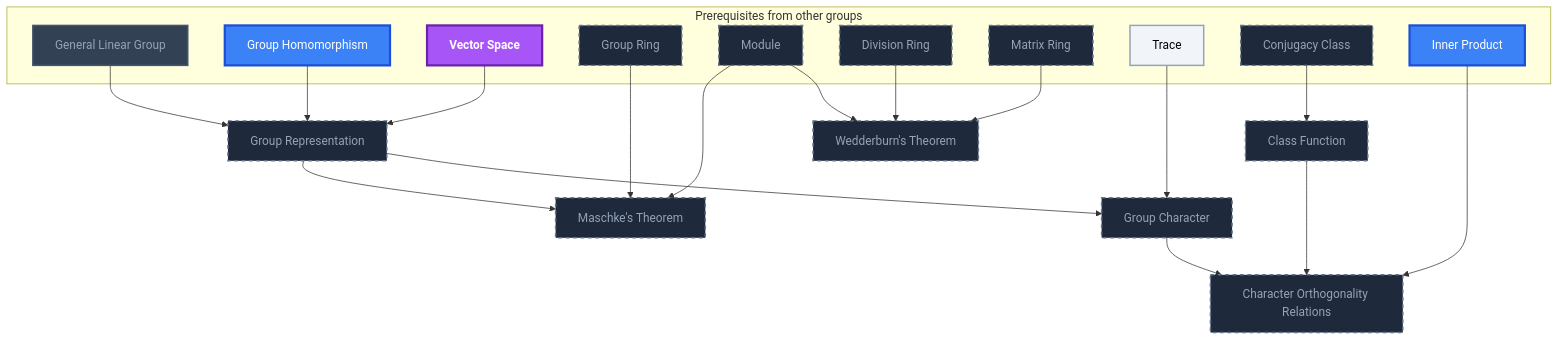
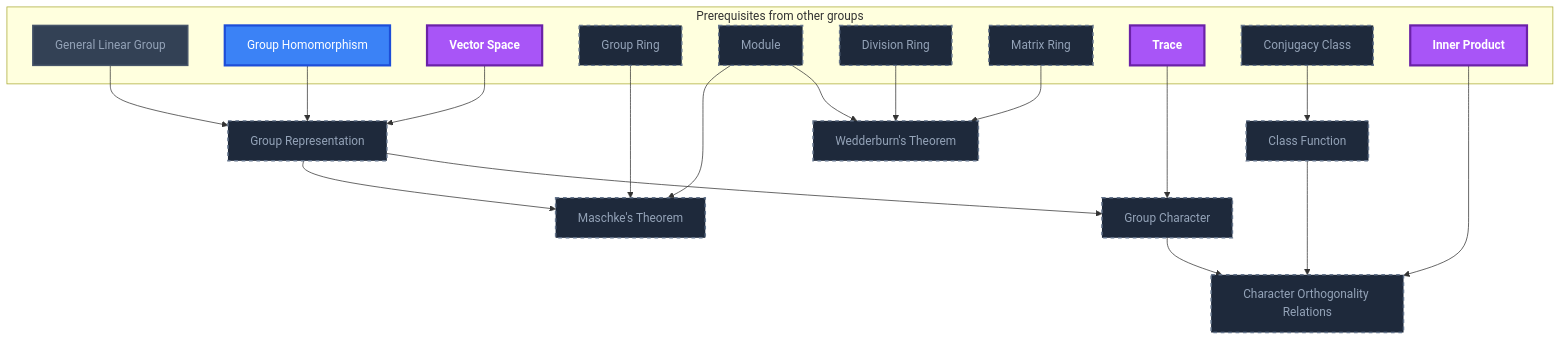
Diagram 19 of 20 in Gamification/Skill Trees/Abstract Algebra.md (MRauf1/My-Notes), drawn with Mermaid before and after one commit. The commit also changed other lines of this file and 145 other files, not shown here.

````diff
--- a/Gamification/Skill Trees/Abstract Algebra.md
+++ b/Gamification/Skill Trees/Abstract Algebra.md
@@ -1257,51 +1257,50 @@
 ```mermaid
 flowchart TD
     classDef planned fill:#1E293B,stroke:#64748B,stroke-width:2px,stroke-dasharray:5 5,color:#94A3B8;
     classDef locked fill:#334155,stroke:#475569,stroke-width:2px,color:#94A3B8;
     classDef L0 fill:#F1F5F9,stroke:#94A3B8,stroke-width:2px,color:#000000;
     classDef L1 fill:#22C55E,stroke:#15803D,stroke-width:2px,color:#000000;
     classDef L2 fill:#3B82F6,stroke:#1D4ED8,stroke-width:3px,color:#FFFFFF;
     classDef L3 fill:#A855F7,stroke:#6B21A8,stroke-width:3px,color:#FFFFFF,font-weight:bold;
     classDef L4 fill:#F97316,stroke:#C2410C,stroke-width:4px,color:#000000,font-weight:bold;
     classDef L5 fill:#FFD700,stroke:#FF8C00,stroke-width:5px,color:#000000,font-weight:bold;
     classDef rusty stroke:#8B4513,stroke-width:4px,stroke-dasharray:3 3;
     subgraph sg_prereqs["Prerequisites from other groups"]
         n_general_linear_group["General Linear Group"]
         n_group_homomorphism["Group Homomorphism"]
         n_vector_space["Vector Space"]
         n_group_ring["Group Ring"]
         n_module["Module"]
         n_division_ring["Division Ring"]
         n_matrix_ring["Matrix Ring"]
         n_trace["Trace"]
         n_conjugacy_class["Conjugacy Class"]
         n_inner_product["Inner Product"]
     end
     n_group_representation["Group Representation"]
     n_maschke_s_theorem["Maschke's Theorem"]
     n_wedderburn_s_theorem["Wedderburn's Theorem"]
     n_group_character["Group Character"]
     n_class_function["Class Function"]
     n_character_orthogonality_relations["Character Orthogonality Relations"]
     n_general_linear_group --> n_group_representation
     n_group_homomorphism --> n_group_representation
     n_vector_space --> n_group_representation
     n_group_representation --> n_maschke_s_theorem
     n_group_ring --> n_maschke_s_theorem
     n_module --> n_maschke_s_theorem
     n_division_ring --> n_wedderburn_s_theorem
     n_matrix_ring --> n_wedderburn_s_theorem
     n_module --> n_wedderburn_s_theorem
     n_group_representation --> n_group_character
     n_trace --> n_group_character
     n_conjugacy_class --> n_class_function
     n_group_character --> n_character_orthogonality_relations
     n_class_function --> n_character_orthogonality_relations
     n_inner_product --> n_character_orthogonality_relations
     class n_group_ring,n_module,n_division_ring,n_matrix_ring,n_conjugacy_class,n_group_representation,n_maschke_s_theorem,n_wedderburn_s_theorem,n_group_character,n_class_function,n_character_orthogonality_relations planned;
     class n_general_linear_group locked;
-    class n_trace L0;
-    class n_group_homomorphism,n_inner_product L2;
-    class n_vector_space L3;
+    class n_group_homomorphism L2;
+    class n_vector_space,n_trace,n_inner_product L3;
     class n_general_linear_group,n_group_homomorphism,n_vector_space,n_trace,n_inner_product internal-link;
 ```
````
